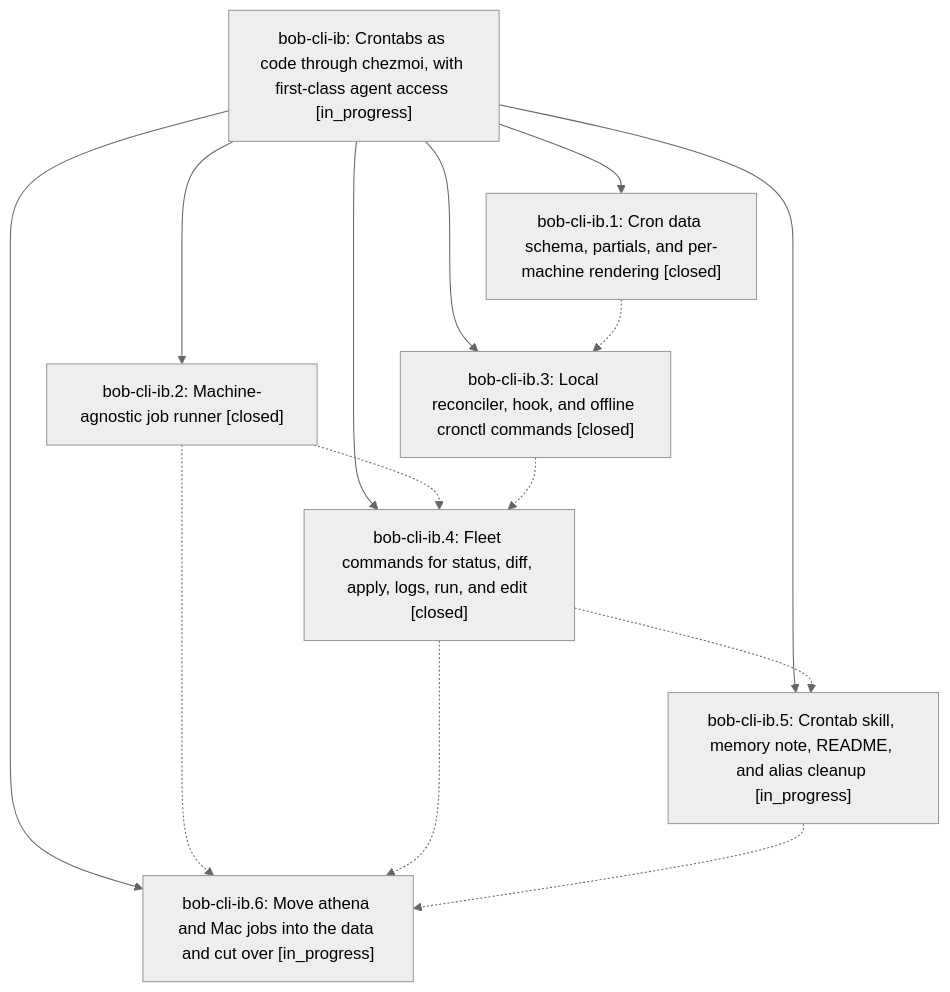
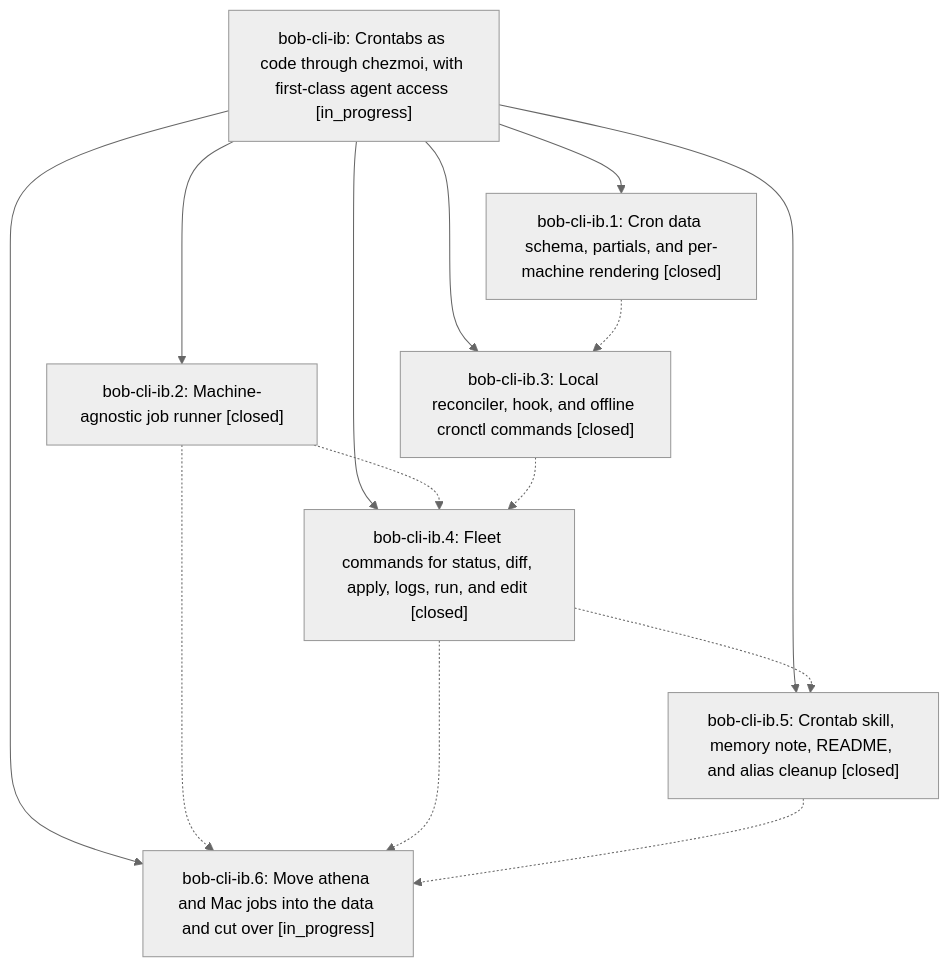
The diagram in pages/bob-cli-ib/README.md (bobs-org/bob-cli--beads), drawn with Mermaid (neutral theme) before and after one commit. The commit also changed other lines of this file and 3 other files, not shown here.

First line of the commit message:
chore(beads): sync bead state and pages for bob-cli-ib

````diff
--- a/pages/bob-cli-ib/README.md
+++ b/pages/bob-cli-ib/README.md
@@ -41,23 +41,23 @@
 ```mermaid
 flowchart TD
     n0["bob-cli-ib: Crontabs as code through chezmoi, with first-class agent access [in_progress]"]
     n1["bob-cli-ib.1: Cron data schema, partials, and per-machine rendering [closed]"]
     n2["bob-cli-ib.2: Machine-agnostic job runner [closed]"]
     n3["bob-cli-ib.3: Local reconciler, hook, and offline cronctl commands [closed]"]
     n4["bob-cli-ib.4: Fleet commands for status, diff, apply, logs, run, and edit [closed]"]
-    n5["bob-cli-ib.5: Crontab skill, memory note, README, and alias cleanup [in_progress]"]
+    n5["bob-cli-ib.5: Crontab skill, memory note, README, and alias cleanup [closed]"]
     n6["bob-cli-ib.6: Move athena and Mac jobs into the data and cut over [in_progress]"]
     n0 --> n1
     n0 --> n2
     n0 --> n3
     n0 --> n4
     n0 --> n5
     n0 --> n6
     n1 -.-> n3
     n2 -.-> n4
     n2 -.-> n6
     n3 -.-> n4
     n4 -.-> n5
     n4 -.-> n6
     n5 -.-> n6
 ```
````
